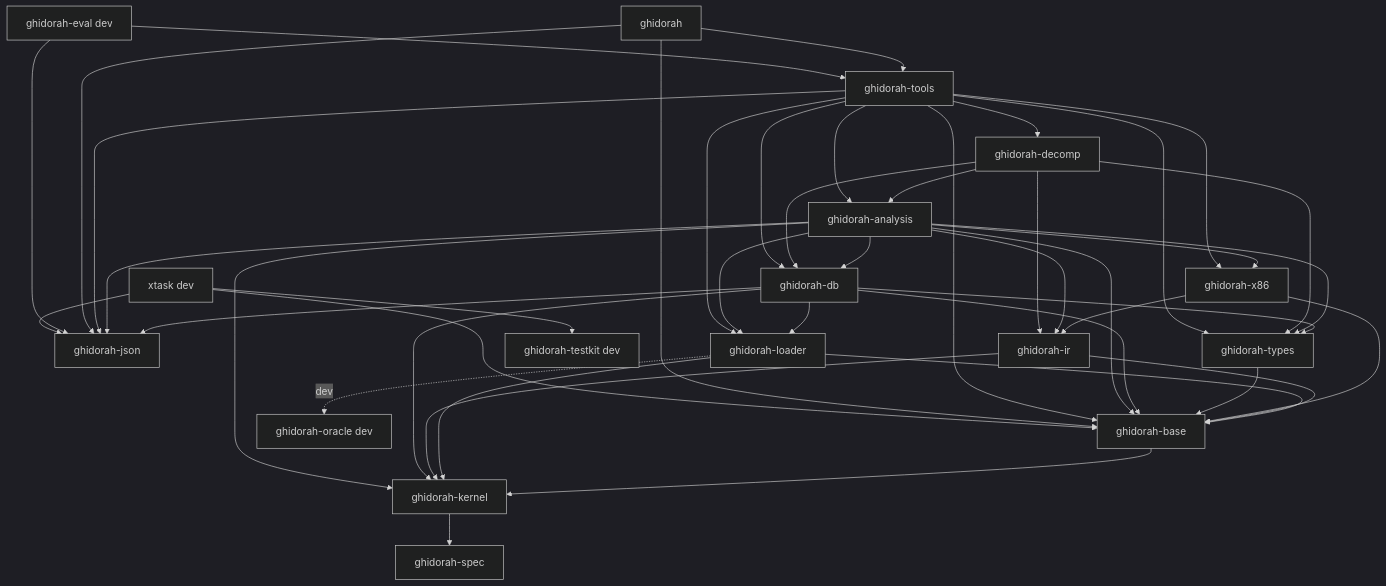
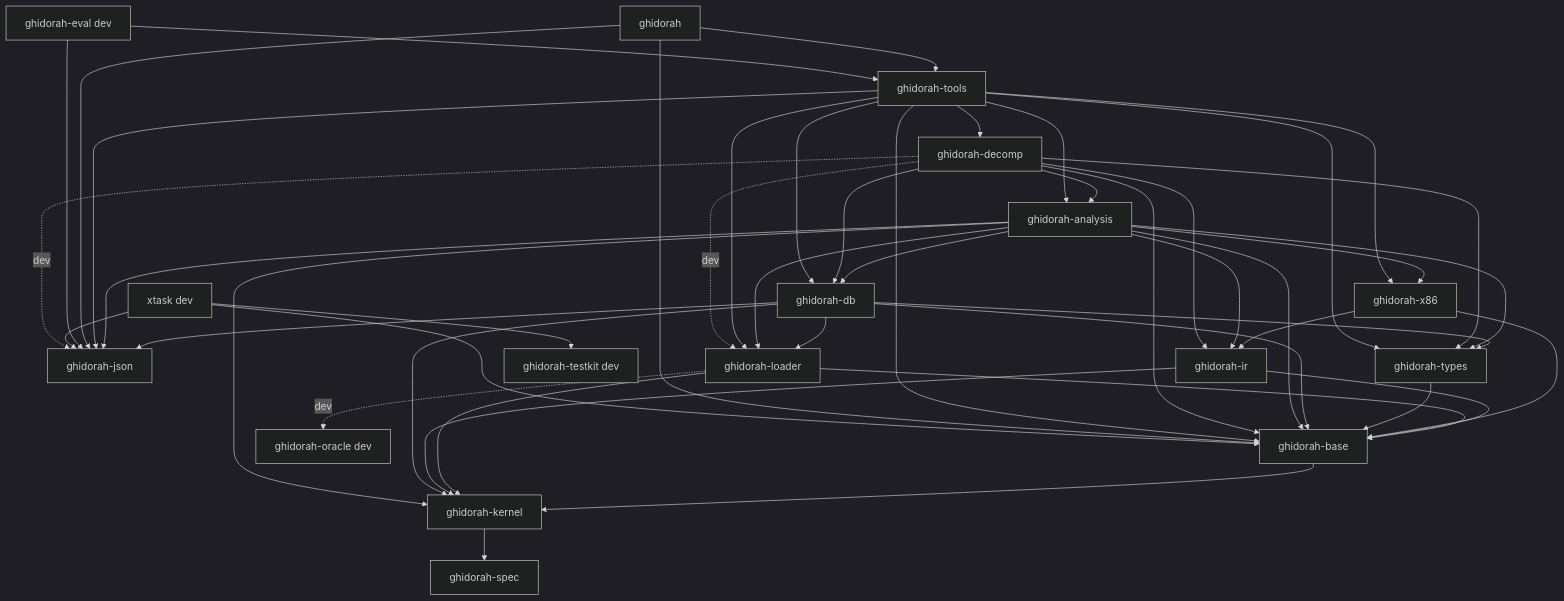
Before and after one commit to madmax983/ghidorah: the diagram in docs/architecture/crates.mmd, drawn with Mermaid (dark theme). The commit also changed 2 other files, not shown here.

Commit message:
spec(WP-21): the decomp crate edges to base and its test edges to loader and json
The decompiler names Fuel, FuncId, VarId and WarningCode of ghidorah-base.
Its tests load the fixtures and read the truth files and the leaf vectors,
so they take ghidorah-loader and ghidorah-json as dev-dependencies.
Design Section 2.2, the ALLOWED and DEV_ALLOWED tables of xtask/src/dag.rs
and docs/architecture/crates.mmd change together.

Claude-Session: https://claude.ai/code/session_01AnXSBFwavu3vfT5H3TZTmw

```diff
--- a/docs/architecture/crates.mmd
+++ b/docs/architecture/crates.mmd
@@ -1,63 +1,66 @@
 %% Generated by `cargo xtask deps`. Do not edit.
 graph TD
   spec[ghidorah-spec]
   kernel[ghidorah-kernel]
   base[ghidorah-base]
   json[ghidorah-json]
   loader[ghidorah-loader]
   x86[ghidorah-x86]
   ir[ghidorah-ir]
   types[ghidorah-types]
   db[ghidorah-db]
   analysis[ghidorah-analysis]
   decomp[ghidorah-decomp]
   tools[ghidorah-tools]
   cli[ghidorah]
   eval[ghidorah-eval dev]
   testkit[ghidorah-testkit dev]
   oracle[ghidorah-oracle dev]
   xtask[xtask dev]
   kernel --> spec
   base --> kernel
   loader --> base
   loader --> kernel
   ir --> base
   ir --> kernel
   x86 --> ir
   x86 --> base
   types --> base
   db --> base
   db --> kernel
   db --> json
   db --> loader
   db --> types
   analysis --> db
   analysis --> ir
   analysis --> x86
   analysis --> types
   analysis --> loader
   analysis --> base
   analysis --> kernel
   analysis --> json
   decomp --> analysis
+  decomp --> base
   decomp --> ir
   decomp --> db
   decomp --> types
   tools --> decomp
   tools --> analysis
   tools --> db
   tools --> x86
   tools --> types
   tools --> loader
   tools --> json
   tools --> base
   cli --> tools
   cli --> json
   cli --> base
   eval --> tools
   eval --> json
   xtask --> json
   xtask --> base
   xtask --> testkit
   loader -. dev .-> oracle
+  decomp -. dev .-> json
+  decomp -. dev .-> loader
   %% Every package except testkit can take it as a dev-dependency.
```
